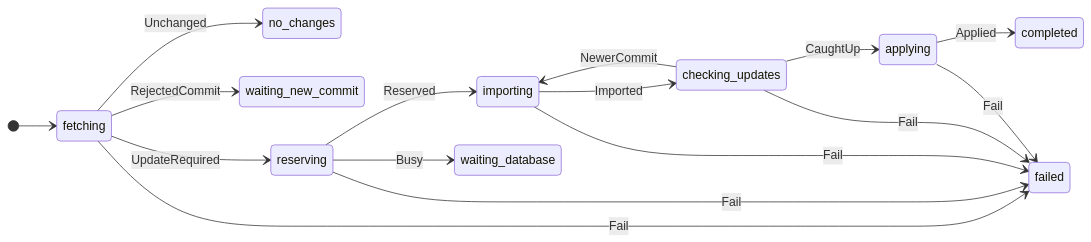
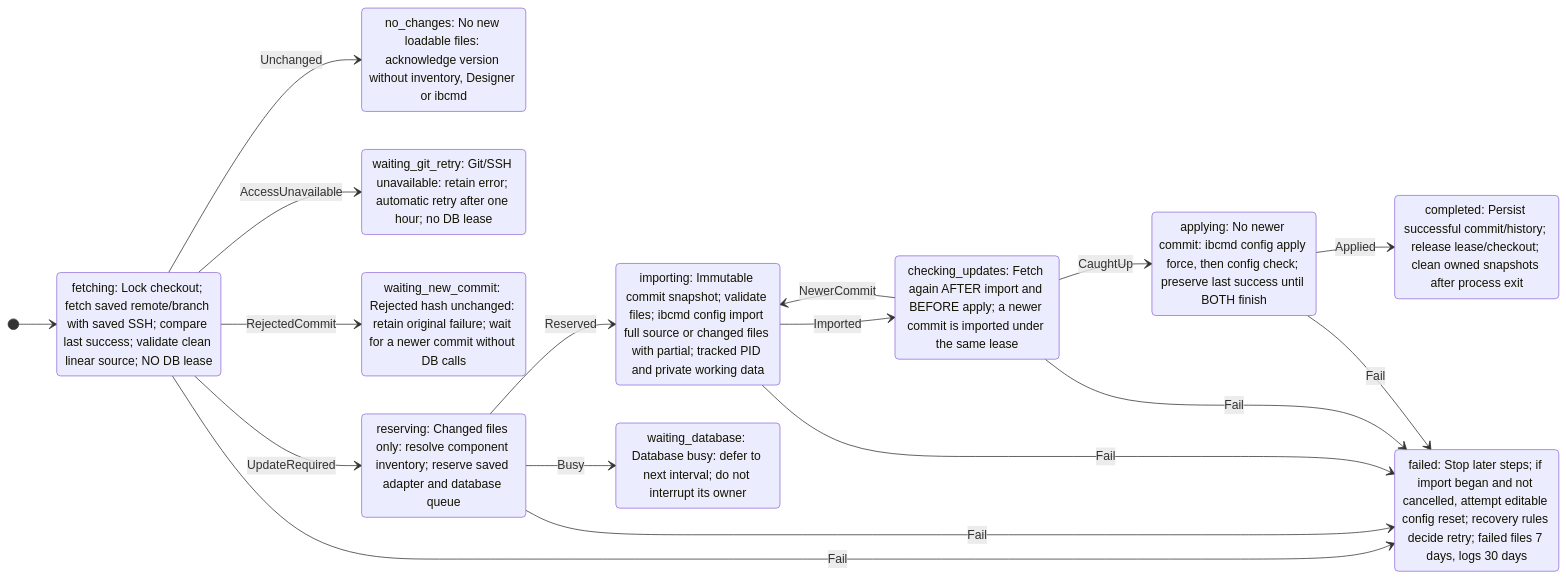
The diagram in docs/generated/git-sync.mmd (WSSAWER/mcp_cc), drawn with Mermaid before and after one commit. The commit also changed 24 other files, not shown here.

Commit message:
Install 1C Database from its own release repository

```diff
--- a/docs/generated/git-sync.mmd
+++ b/docs/generated/git-sync.mmd
@@ -1,17 +1,29 @@
 stateDiagram-v2
 	direction LR
 	fetching --> no_changes : Unchanged
+	fetching --> waiting_git_retry : AccessUnavailable
 	fetching --> waiting_new_commit : RejectedCommit
 	fetching --> reserving : UpdateRequired
 	fetching --> failed : Fail
 	reserving --> importing : Reserved
 	reserving --> waiting_database : Busy
 	reserving --> failed : Fail
 	importing --> checking_updates : Imported
 	importing --> failed : Fail
 	checking_updates --> importing : NewerCommit
 	checking_updates --> applying : CaughtUp
 	checking_updates --> failed : Fail
 	applying --> completed : Applied
 	applying --> failed : Fail
 [*] --> fetching
+state "fetching: Lock checkout; fetch saved remote/branch with saved SSH; compare last success; validate clean linear source; NO DB lease" as fetching
+state "no_changes: No new loadable files: acknowledge version without inventory, Designer or ibcmd" as no_changes
+state "waiting_new_commit: Rejected hash unchanged: retain original failure; wait for a newer commit without DB calls" as waiting_new_commit
+state "waiting_git_retry: Git/SSH unavailable: retain error; automatic retry after one hour; no DB lease" as waiting_git_retry
+state "reserving: Changed files only: resolve component inventory; reserve saved adapter and database queue" as reserving
+state "importing: Immutable commit snapshot; validate files; ibcmd config import full source or changed files with partial; tracked PID and private working data" as importing
+state "checking_updates: Fetch again AFTER import and BEFORE apply; a newer commit is imported under the same lease" as checking_updates
+state "applying: No newer commit: ibcmd config apply force, then config check; preserve last success until BOTH finish" as applying
+state "completed: Persist successful commit/history; release lease/checkout; clean owned snapshots after process exit" as completed
+state "waiting_database: Database busy: defer to next interval; do not interrupt its owner" as waiting_database
+state "failed: Stop later steps; if import began and not cancelled, attempt editable config reset; recovery rules decide retry; failed files 7 days, logs 30 days" as failed
```
